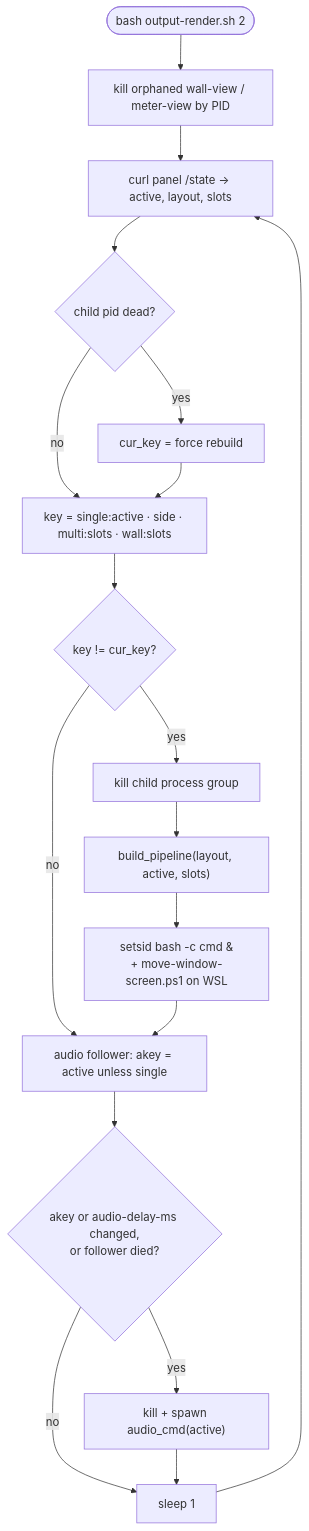
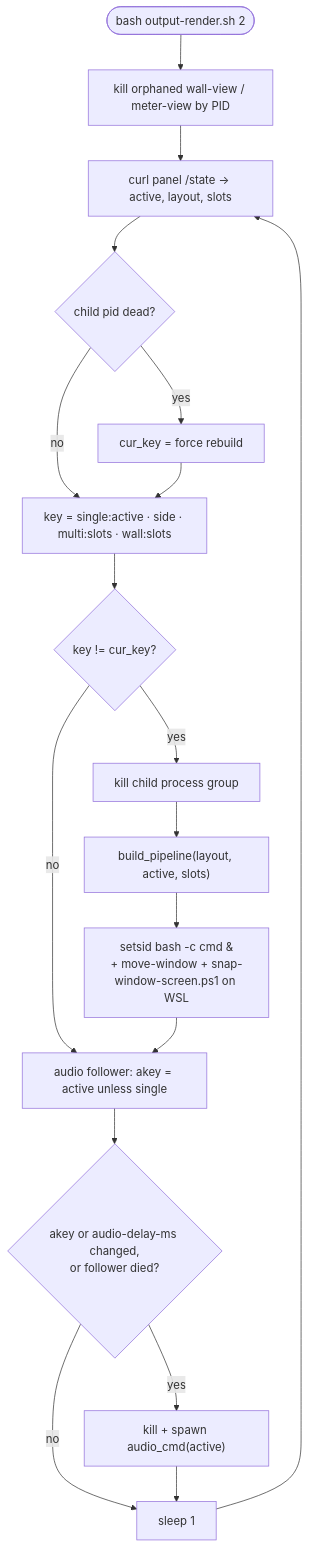
One commit to dgp1000/pi-nmos-st2110 changed the ninth of 12 diagrams in docs/ARCHITECTURE.md. Above: the diagram before and after it, drawn with Mermaid. The commit also changed other lines of this file and 2 other files, not shown here.

First line of the commit message:
docs: on-screen present path is glimagesink (GL/EGL), fullscreen on Monitor 2

````diff
--- a/docs/ARCHITECTURE.md
+++ b/docs/ARCHITECTURE.md
@@ -525,18 +525,18 @@
 ```mermaid
 flowchart TD
   start(["bash output-render.sh 2"]) --> sweep["kill orphaned wall-view / meter-view by PID"]
   sweep --> poll["curl panel /state → active, layout, slots"]
   poll --> dead{"child pid dead?"}
   dead -- yes --> force["cur_key = force rebuild"]
   dead -- no --> key
   force --> key["key = single:active · side · multi:slots · wall:slots"]
   key --> changed{"key != cur_key?"}
   changed -- yes --> kill["kill child process group"] --> build["build_pipeline(layout, active, slots)"]
-  build --> spawn["setsid bash -c cmd &<br/>+ move-window-screen.ps1 on WSL"]
+  build --> spawn["setsid bash -c cmd &<br/>+ move-window + snap-window-screen.ps1 on WSL"]
   changed -- no --> audio
   spawn --> audio["audio follower: akey = active unless single"]
   audio --> achanged{"akey or audio-delay-ms changed,<br/>or follower died?"}
   achanged -- yes --> aspawn["kill + spawn audio_cmd(active)"]
   achanged -- no --> sleep
   aspawn --> sleep["sleep 1"] --> poll
 ```
````
